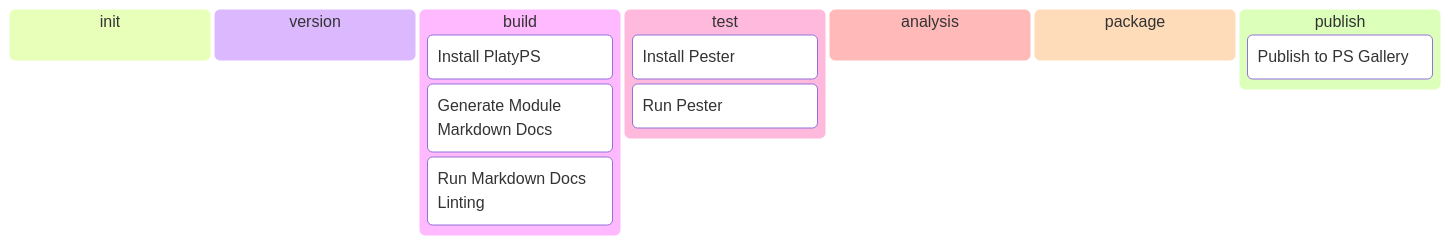
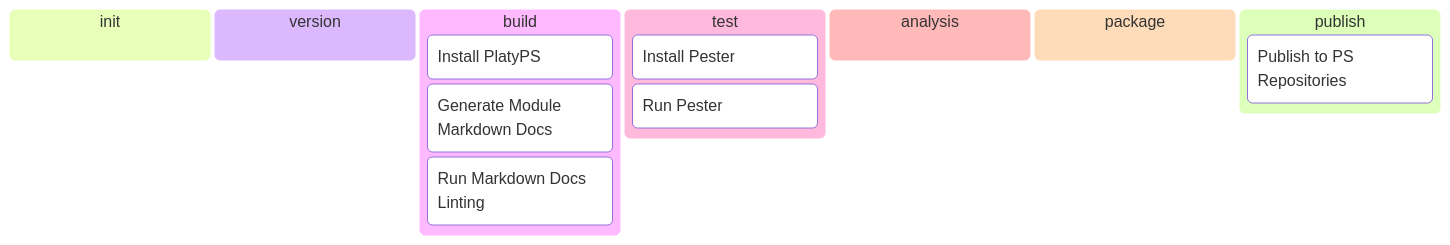
The diagram in README.md (zerofailed/ZeroFailed.Build.PowerShell), drawn with Mermaid before and after one commit. The commit also changed other lines of this file and 10 other files, not shown here.

````diff
--- a/README.md
+++ b/README.md
@@ -27,16 +27,16 @@
 ```mermaid
 kanban
     init
     version
     build
         ensurePlatyPSModule[Install PlatyPS]
         genMarkdownDocs[Generate Module Markdown Docs]
         runMarkdownLinting[Run Markdown Docs Linting]
     test
         installPester[Install Pester]
         runPester[Run Pester]
     analysis
     package
     publish
-        publishModule[Publish to PS Gallery]
+        publishModule[Publish to PS Repositories]
 ```
````
